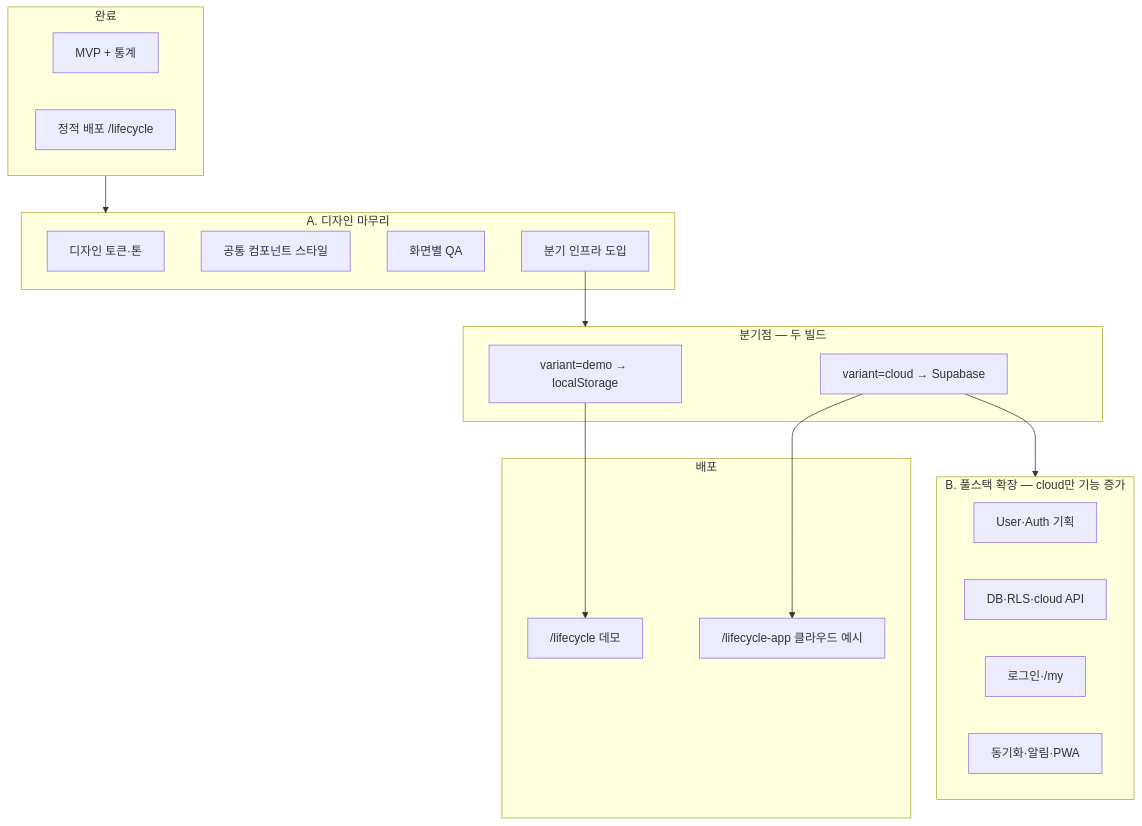
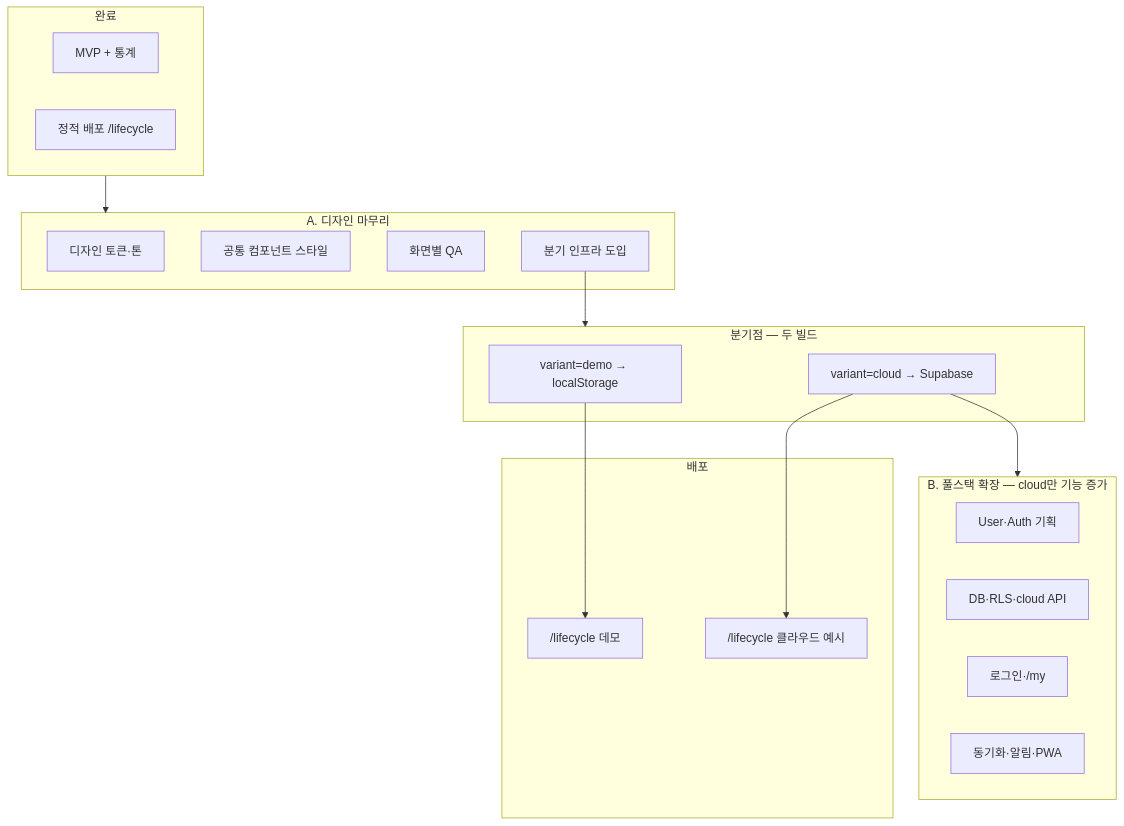
Before and after one commit to nongs/lifecycle: the diagram in markdown/LifeCycle_Design_And_Fullstack_Roadmap.md, drawn with Mermaid. The commit also changed other lines of this file and 4 other files, not shown here.

````diff
--- a/markdown/LifeCycle_Design_And_Fullstack_Roadmap.md
+++ b/markdown/LifeCycle_Design_And_Fullstack_Roadmap.md
@@ -10,37 +10,37 @@
 ```mermaid
 flowchart TB
   subgraph done [완료]
     M[MVP + 통계]
     D0[정적 배포 /lifecycle]
   end
 
   subgraph phaseA [A. 디자인 마무리]
     A1[디자인 토큰·톤]
     A2[공통 컴포넌트 스타일]
     A3[화면별 QA]
     A4[분기 인프라 도입]
   end
 
   subgraph branch [분기점 — 두 빌드]
     B1["variant=demo → localStorage"]
     B2["variant=cloud → Supabase"]
   end
 
   subgraph deploy [배포]
     P1["/lifecycle 데모"]
-    P2["/lifecycle-app 클라우드 예시"]
+    P2["/lifecycle 클라우드 예시"]
   end
 
   subgraph phaseB [B. 풀스택 확장 — cloud만 기능 증가]
     F1[User·Auth 기획]
     F2[DB·RLS·cloud API]
     F3[로그인·/my]
     F4[동기화·알림·PWA]
   end
 
   done --> phaseA
   A4 --> branch
   B1 --> P1
   B2 --> P2
   B2 --> phaseB
 ```
````
